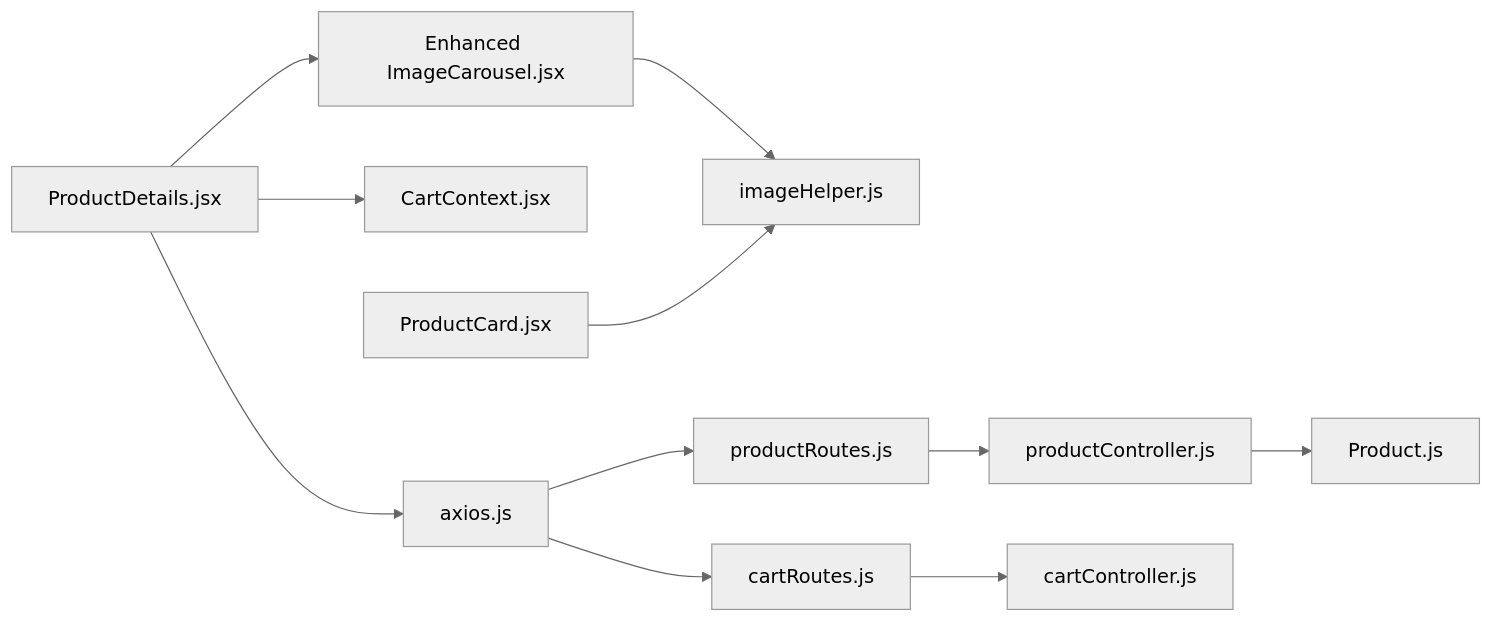
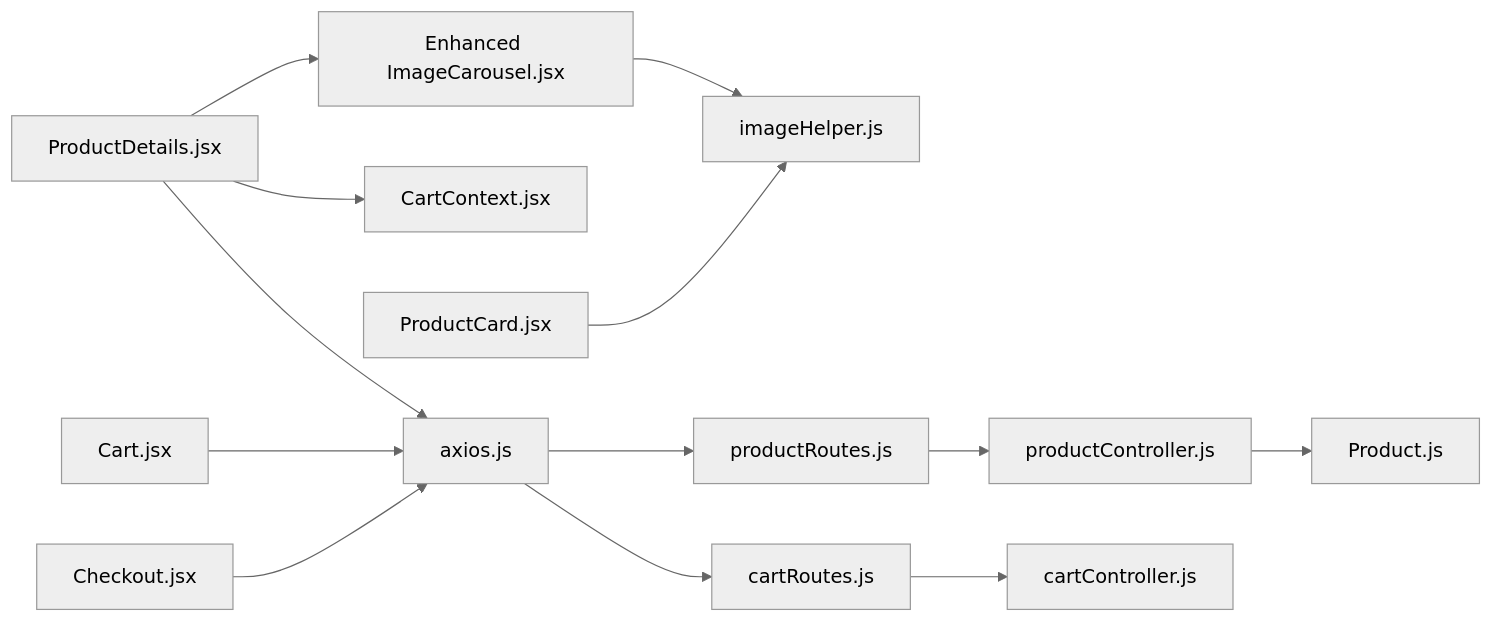
Before and after one commit to Pavan-PSPK9032/TrendsandToss: the fifth of 5 diagrams in .qoder/repowiki/en/content/Shopping Experience/Product Details & Selection.md, drawn with Mermaid (neutral theme). The commit also changed other lines of this file and 10 other files, not shown here.

````diff
--- a/.qoder/repowiki/en/content/Shopping Experience/Product Details & Selection.md
+++ b/.qoder/repowiki/en/content/Shopping Experience/Product Details & Selection.md
@@ -395,13 +406,15 @@
 ```mermaid
 graph LR
 PD["ProductDetails.jsx"] --> AX["axios.js"]
 PD --> CTX["CartContext.jsx"]
 PD --> IC["Enhanced ImageCarousel.jsx"]
 IC --> IMGU["imageHelper.js"]
 PS["ProductCard.jsx"] --> IMGU
 AX --> PRR["productRoutes.js"]
 AX --> CRR["cartRoutes.js"]
 PRR --> PRCTRL["productController.js"]
 CRR --> CRTCTRL["cartController.js"]
 PRCTRL --> PM["Product.js"]
+CART["Cart.jsx"] --> AX
+CHK["Checkout.jsx"] --> AX
 ```
````
